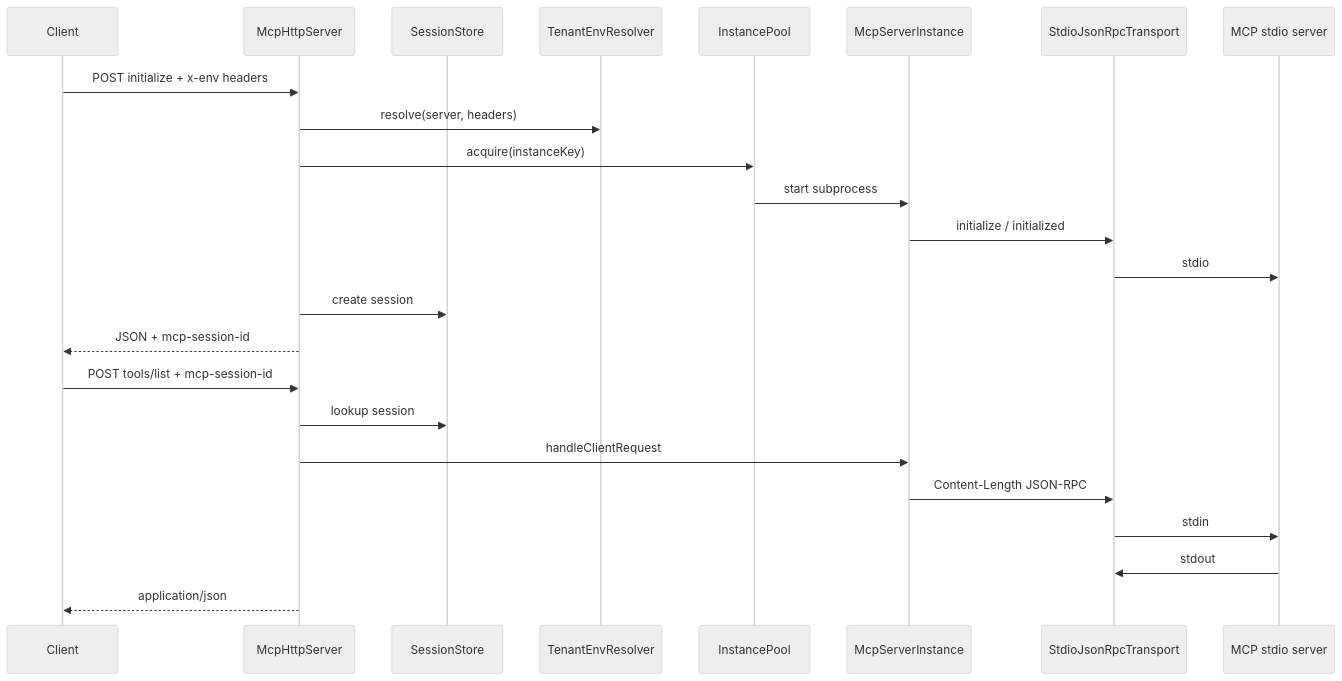
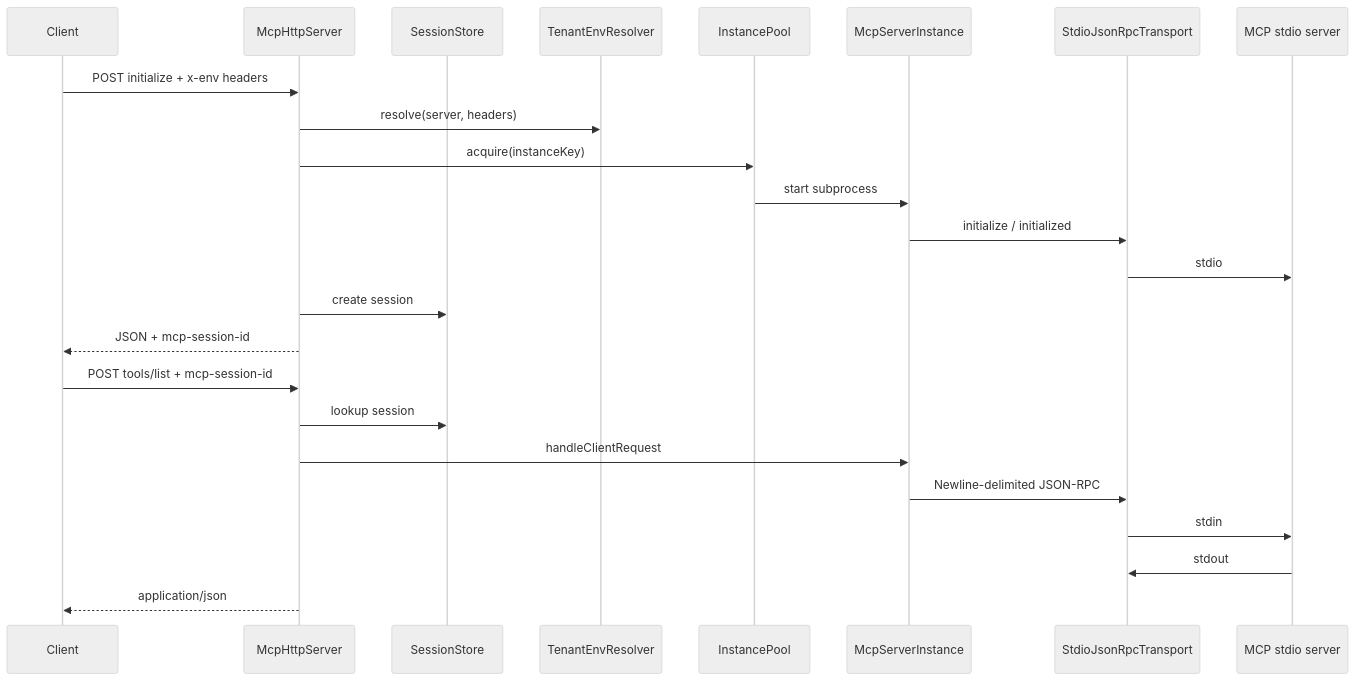
The second of 3 diagrams in docs/architecture.md (obeone/mcp-streamable-http-bridge), drawn with Mermaid (neutral theme) before and after one commit. The commit also changed other lines of this file and 4 other files, not shown here.

````diff
--- a/docs/architecture.md
+++ b/docs/architecture.md
@@ -153,28 +153,28 @@
 ```mermaid
 sequenceDiagram
   participant C as Client
   participant H as McpHttpServer
   participant S as SessionStore
   participant R as TenantEnvResolver
   participant P as InstancePool
   participant I as McpServerInstance
   participant T as StdioJsonRpcTransport
   participant M as MCP stdio server
 
   C->>H: POST initialize + x-env headers
   H->>R: resolve(server, headers)
   H->>P: acquire(instanceKey)
   P->>I: start subprocess
   I->>T: initialize / initialized
   T->>M: stdio
   H->>S: create session
   H-->>C: JSON + mcp-session-id
 
   C->>H: POST tools/list + mcp-session-id
   H->>S: lookup session
   H->>I: handleClientRequest
-  I->>T: Content-Length JSON-RPC
+  I->>T: Newline-delimited JSON-RPC
   T->>M: stdin
   M->>T: stdout
   H-->>C: application/json
 ```
````
